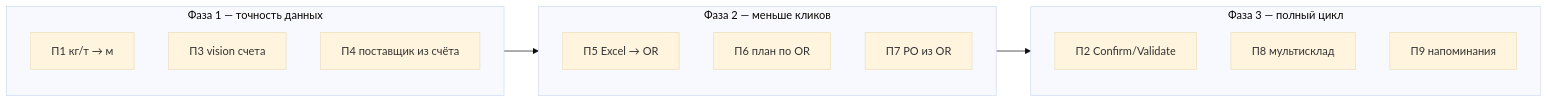
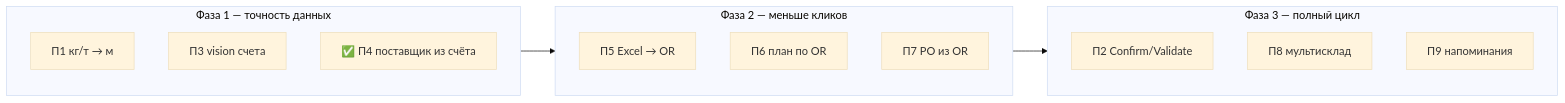
One commit to Sergtsk45/sklad changed the second of 2 diagrams in docs/ai-assistant-user-guide.md. Above: the diagram before and after it, drawn with Mermaid (base theme). The commit also changed other lines of this file, not shown here.

````diff
--- a/docs/ai-assistant-user-guide.md
+++ b/docs/ai-assistant-user-guide.md
@@ -372,19 +383,19 @@
 ```mermaid
 flowchart LR
   subgraph phase1 [Фаза 1 — точность данных]
     P1[П1 кг/т → м]
     P3[П3 vision счета]
-    P4[П4 поставщик из счёта]
+    P4[✅ П4 поставщик из счёта]
   end
   subgraph phase2 [Фаза 2 — меньше кликов]
     P5[П5 Excel → OR]
     P6[П6 план по OR]
     P7[П7 PO из OR]
   end
   subgraph phase3 [Фаза 3 — полный цикл]
     P2[П2 Confirm/Validate]
     P8[П8 мультисклад]
     P9[П9 напоминания]
   end
   phase1 --> phase2 --> phase3
 ```
````
